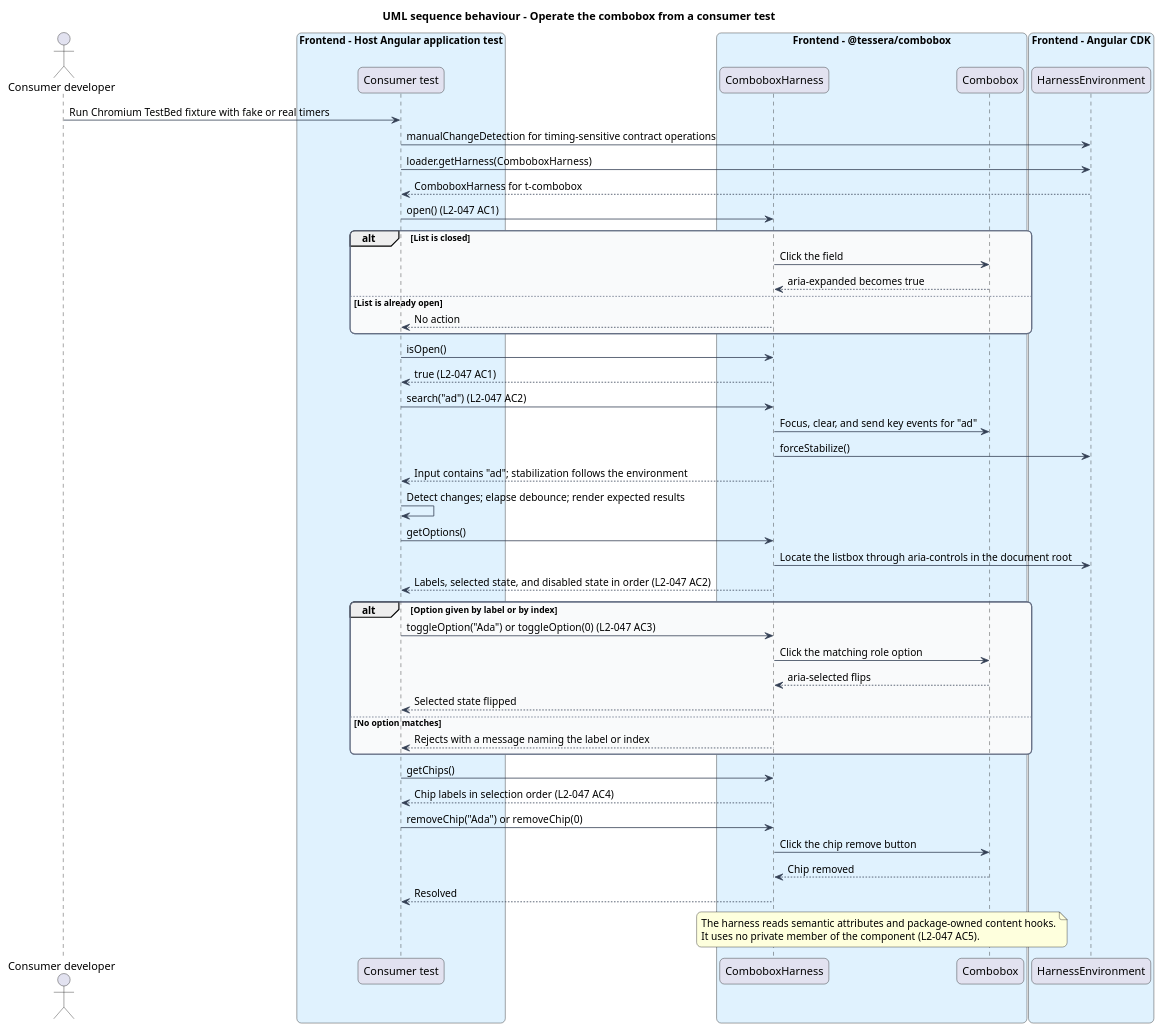
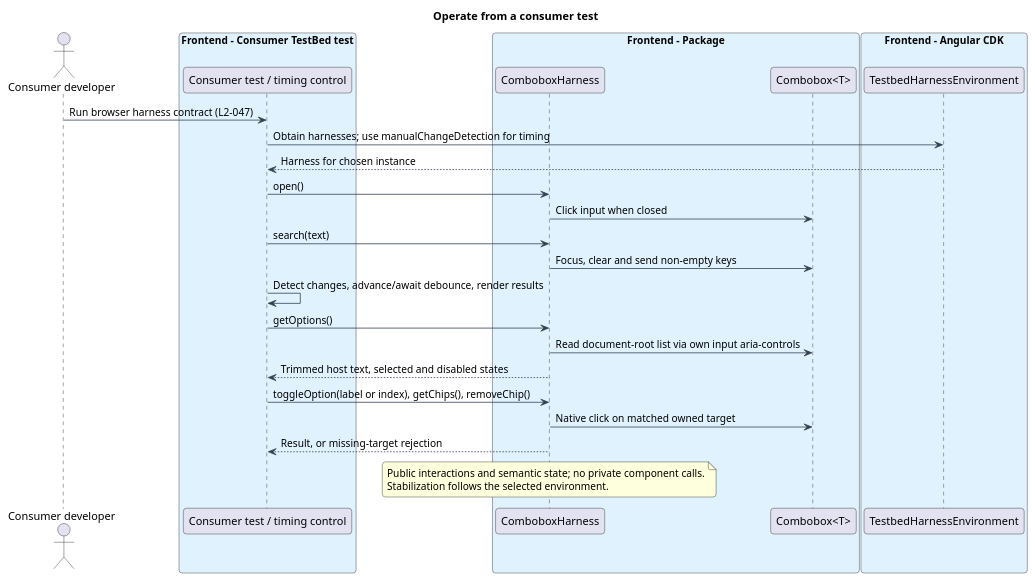
Before and after one commit to QuinntyneBrown/Tessera: the diagram in docs/detailed-designs/combobox/verify-and-document/diagrams/sequence-consumer-harness.puml, drawn with PlantUML. The commit also changed 194 other files, not shown here.

```diff
--- a/docs/detailed-designs/combobox/verify-and-document/diagrams/sequence-consumer-harness.puml
+++ b/docs/detailed-designs/combobox/verify-and-document/diagrams/sequence-consumer-harness.puml
@@ -1,68 +1,44 @@
 @startuml
-title UML sequence behaviour - Operate the combobox from a consumer test
 skinparam backgroundColor #FFFFFF
 skinparam shadowing false
-skinparam roundcorner 12
+skinparam roundcorner 8
 skinparam defaultFontName Arial
 skinparam ArrowColor #344054
-skinparam rectangle {
+skinparam class {
   BorderColor #344054
-  FontColor #101828
-}
-skinparam package {
-  BorderColor #667085
   FontColor #101828
   BackgroundColor #F9FAFB
 }
-actor "Consumer developer" as dev
-box "Frontend - Host Angular application test" #E0F2FE
-  participant "Consumer test" as test
+title Operate from a consumer test
+actor "Consumer developer" as user
+box "Frontend - Consumer TestBed test" #E0F2FE
+  participant "Consumer test / timing control" as test
 end box
-box "Frontend - @tessera/combobox" #E0F2FE
+box "Frontend - Package" #E0F2FE
   participant "ComboboxHarness" as harness
-  participant "Combobox" as cb
+  participant "Combobox<T>" as cb
 end box
 box "Frontend - Angular CDK" #E0F2FE
-  participant "HarnessEnvironment" as env
+  participant "TestbedHarnessEnvironment" as env
 end box
 
-dev -> test : Run Chromium TestBed fixture with fake or real timers
-test -> env : manualChangeDetection for timing-sensitive contract operations
-test -> env : loader.getHarness(ComboboxHarness)
-env --> test : ComboboxHarness for t-combobox
-test -> harness : open() (L2-047 AC1)
-alt List is closed
-  harness -> cb : Click the field
-  cb --> harness : aria-expanded becomes true
-else List is already open
-  harness --> test : No action
-end
-test -> harness : isOpen()
-harness --> test : true (L2-047 AC1)
-test -> harness : search("ad") (L2-047 AC2)
-harness -> cb : Focus, clear, and send key events for "ad"
-harness -> env : forceStabilize()
-harness --> test : Input contains "ad"; stabilization follows the environment
-test -> test : Detect changes; elapse debounce; render expected results
+
+user -> test : Run browser harness contract (L2-047)
+test -> env : Obtain harnesses; use manualChangeDetection for timing
+env --> test : Harness for chosen instance
+test -> harness : open()
+harness -> cb : Click input when closed
+test -> harness : search(text)
+harness -> cb : Focus, clear and send non-empty keys
+test -> test : Detect changes, advance/await debounce, render results
 test -> harness : getOptions()
-harness -> env : Locate the listbox through aria-controls in the document root
-harness --> test : Labels, selected state, and disabled state in order (L2-047 AC2)
-alt Option given by label or by index
-  test -> harness : toggleOption("Ada") or toggleOption(0) (L2-047 AC3)
-  harness -> cb : Click the matching role option
-  cb --> harness : aria-selected flips
-  harness --> test : Selected state flipped
-else No option matches
-  harness --> test : Rejects with a message naming the label or index
-end
-test -> harness : getChips()
-harness --> test : Chip labels in selection order (L2-047 AC4)
-test -> harness : removeChip("Ada") or removeChip(0)
-harness -> cb : Click the chip remove button
-cb --> harness : Chip removed
-harness --> test : Resolved
-note over harness, cb
-  The harness reads semantic attributes and package-owned content hooks.
-  It uses no private member of the component (L2-047 AC5).
+harness -> cb : Read document-root list via own input aria-controls
+harness --> test : Trimmed host text, selected and disabled states
+test -> harness : toggleOption(label or index), getChips(), removeChip()
+harness -> cb : Native click on matched owned target
+harness --> test : Result, or missing-target rejection
+note over harness
+  Public interactions and semantic state; no private component calls.
+  Stabilization follows the selected environment.
 end note
 @enduml
```
